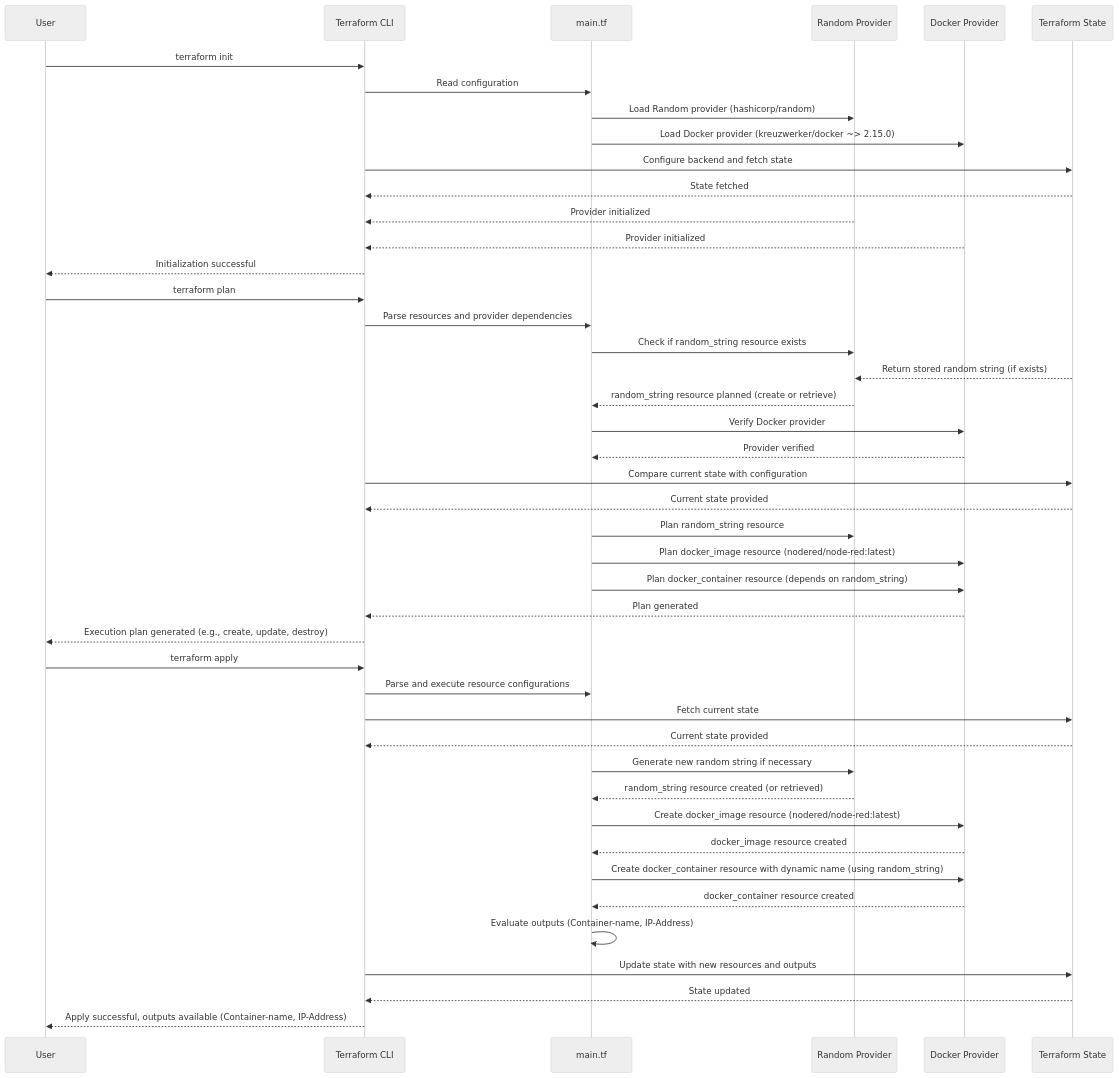
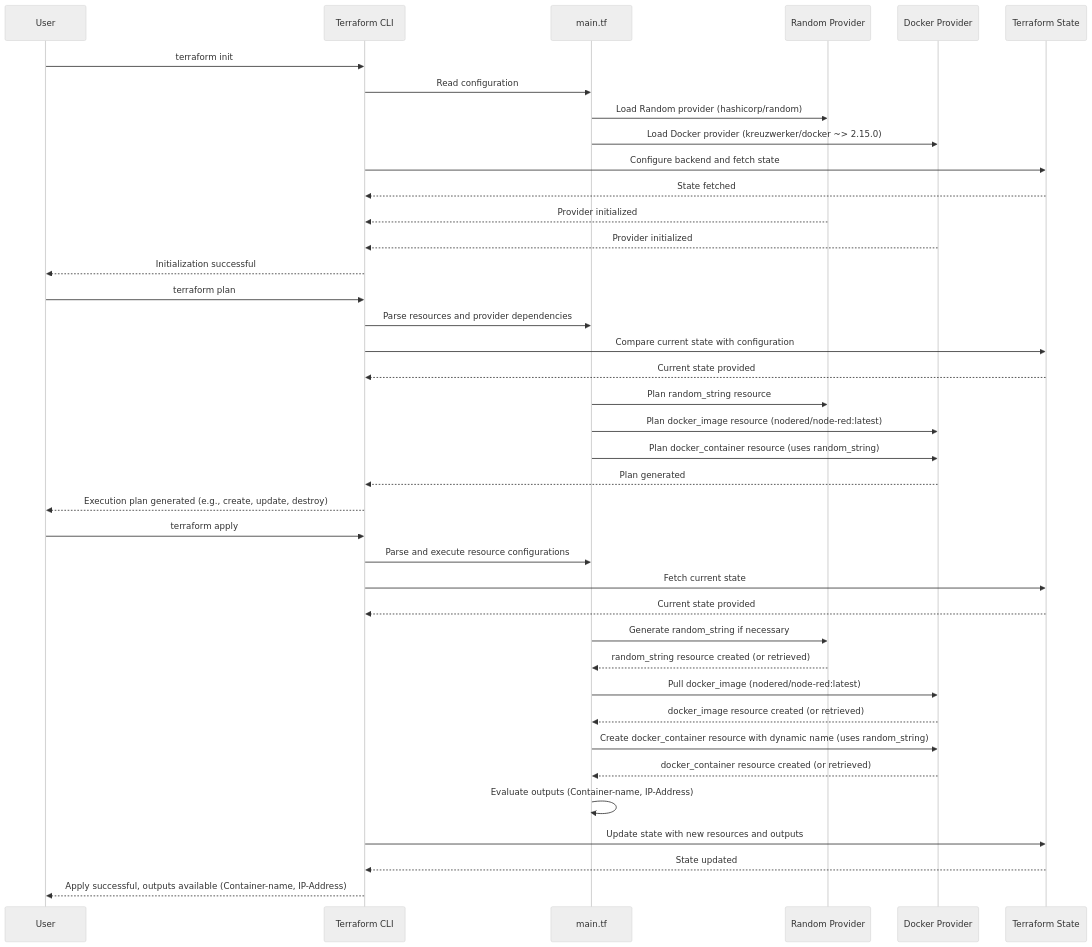
Before and after one commit to MinhHungPhan/terraform-bootcamp: the diagram in 03-terraform-docker/03-state-management/03-terraform-state-locking/README.md, drawn with Mermaid (neutral theme).

Commit message:
updated [Terraform Dependencies] for clarity

````diff
--- a/03-terraform-docker/03-state-management/03-terraform-state-locking/README.md
+++ b/03-terraform-docker/03-state-management/03-terraform-state-locking/README.md
@@ -21,52 +21,55 @@
 ```mermaid
 sequenceDiagram
     participant User as User
     participant TerraformCLI as Terraform CLI
     participant MainTF as main.tf
     participant RandomProvider as Random Provider
     participant DockerProvider as Docker Provider
     participant StateFile as Terraform State
 
     %% Init phase
     User->>TerraformCLI: terraform init
     TerraformCLI->>MainTF: Read configuration
     MainTF->>RandomProvider: Load Random provider (hashicorp/random)
     MainTF->>DockerProvider: Load Docker provider (kreuzwerker/docker ~> 2.15.0)
     TerraformCLI->>StateFile: Configure backend and fetch state
     StateFile-->>TerraformCLI: State fetched
     RandomProvider-->>TerraformCLI: Provider initialized
     DockerProvider-->>TerraformCLI: Provider initialized
     TerraformCLI-->>User: Initialization successful
 
     %% Plan phase
     User->>TerraformCLI: terraform plan
     TerraformCLI->>MainTF: Parse resources and provider dependencies
-    MainTF->>RandomProvider: Check if random_string resource exists
-    StateFile-->>RandomProvider: Return stored random string (if exists)
-    RandomProvider-->>MainTF: random_string resource planned (create or retrieve)
-    MainTF->>DockerProvider: Verify Docker provider
-    DockerProvider-->>MainTF: Provider verified
     TerraformCLI->>StateFile: Compare current state with configuration
     StateFile-->>TerraformCLI: Current state provided
     MainTF->>RandomProvider: Plan random_string resource
     MainTF->>DockerProvider: Plan docker_image resource (nodered/node-red:latest)
-    MainTF->>DockerProvider: Plan docker_container resource (depends on random_string)
+    MainTF->>DockerProvider: Plan docker_container resource (uses random_string)
     DockerProvider-->>TerraformCLI: Plan generated
     TerraformCLI-->>User: Execution plan generated (e.g., create, update, destroy)
 
     %% Apply phase
     User->>TerraformCLI: terraform apply
     TerraformCLI->>MainTF: Parse and execute resource configurations
     TerraformCLI->>StateFile: Fetch current state
     StateFile-->>TerraformCLI: Current state provided
-    MainTF->>RandomProvider: Generate new random string if necessary
+
+    %% Apply random_string
+    MainTF->>RandomProvider: Generate random_string if necessary
     RandomProvider-->>MainTF: random_string resource created (or retrieved)
-    MainTF->>DockerProvider: Create docker_image resource (nodered/node-red:latest)
-    DockerProvider-->>MainTF: docker_image resource created
-    MainTF->>DockerProvider: Create docker_container resource with dynamic name (using random_string)
-    DockerProvider-->>MainTF: docker_container resource created
+
+    %% Apply docker_image
+    MainTF->>DockerProvider: Pull docker_image (nodered/node-red:latest)
+    DockerProvider-->>MainTF: docker_image resource created (or retrieved)
+
+    %% Apply docker_container
+    MainTF->>DockerProvider: Create docker_container resource with dynamic name (uses random_string)
+    DockerProvider-->>MainTF: docker_container resource created (or retrieved)
+
+    %% Finalize and update state
     MainTF->>MainTF: Evaluate outputs (Container-name, IP-Address)
     TerraformCLI->>StateFile: Update state with new resources and outputs
     StateFile-->>TerraformCLI: State updated
     TerraformCLI-->>User: Apply successful, outputs available (Container-name, IP-Address)
 ```
````
